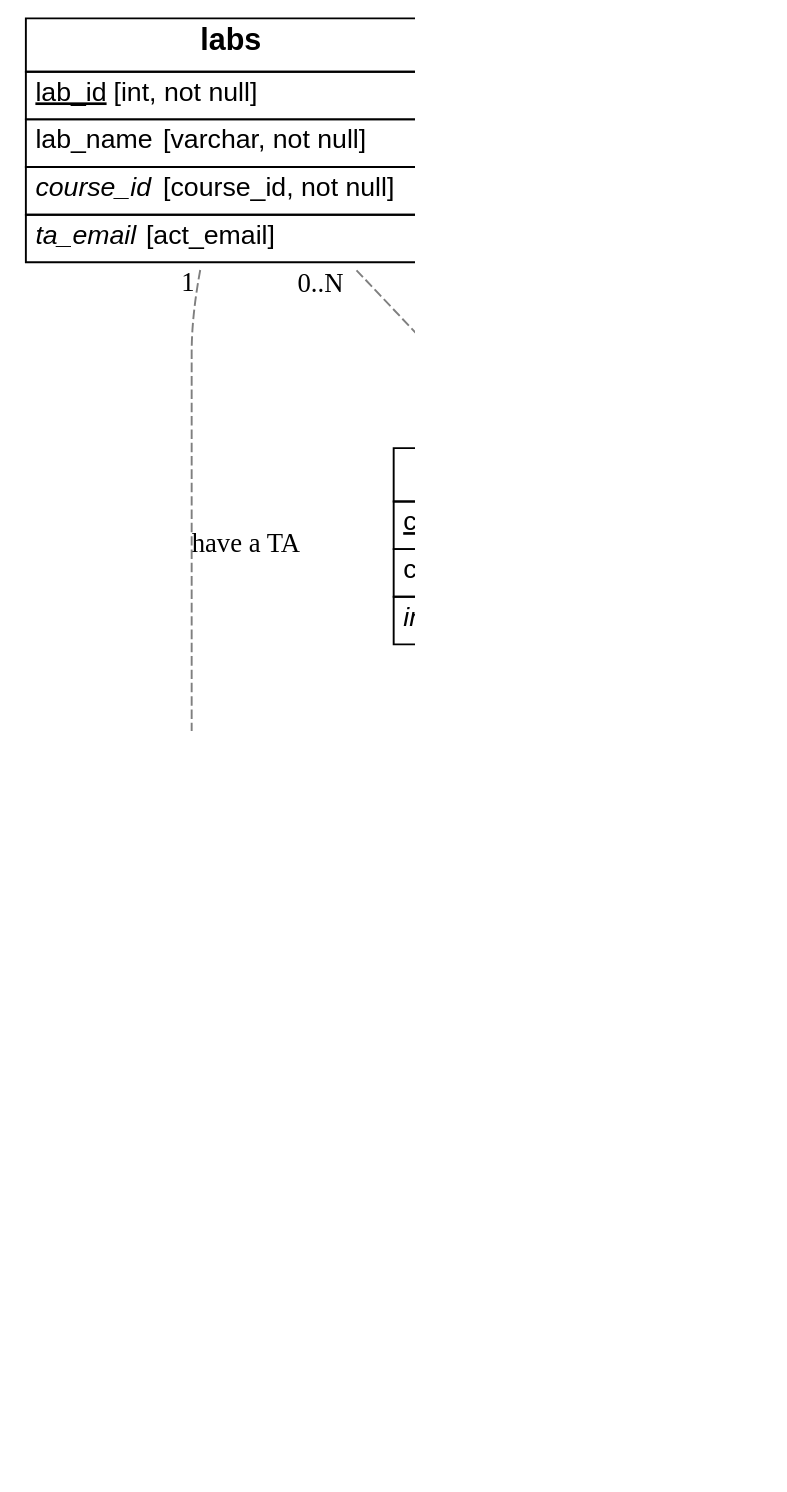
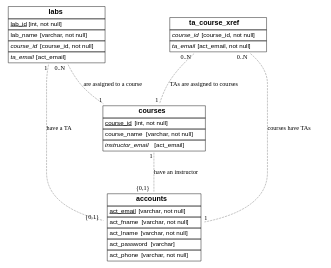
The diagram in database/erd.dot (dakotamaker/TA-scheduler), drawn with Graphviz before and after one commit. The commit also changed 11 other files, not shown here.

```diff
--- a/database/erd.dot
+++ b/database/erd.dot
@@ -1,26 +1,28 @@
 graph {
-	graph [dpi=150];
 	node [label="\N",
 		shape=plaintext
 	];
 	edge [color=gray50,
 		minlen=2,
 		style=dashed
 	];
-	accounts	 [label=<<FONT FACE="Helvetica"><TABLE BORDER="0" CELLBORDER="1" CELLPADDING="4" CELLSPACING="0"><TR><TD><B><FONT POINT-SIZE="16">accounts</FONT></B></TD></TR><TR><TD ALIGN="LEFT"><U><FONT>act_email</FONT></U><FONT> [varchar, not null]</FONT></TD></TR><TR><TD ALIGN="LEFT"><FONT>act_fname</FONT><FONT> [varchar, not null]</FONT></TD></TR><TR><TD ALIGN="LEFT"><FONT>act_lname</FONT><FONT> [varchar, not null]</FONT></TD></TR><TR><TD ALIGN="LEFT"><FONT>act_password</FONT><FONT> [varchar]</FONT></TD></TR><TR><TD ALIGN="LEFT"><FONT>act_phone</FONT><FONT> [varchar, not null]</FONT></TD></TR><TR><TD ALIGN="LEFT"><I><FONT>role_id</FONT></I><FONT> [role_id, not null]</FONT></TD></TR></TABLE></FONT>>];
-	roles	 [label=<<FONT FACE="Helvetica"><TABLE BORDER="0" CELLBORDER="1" CELLPADDING="4" CELLSPACING="0"><TR><TD><B><FONT POINT-SIZE="16">roles</FONT></B></TD></TR><TR><TD ALIGN="LEFT"><U><FONT>role_id</FONT></U><FONT> [int, not null]</FONT></TD></TR><TR><TD ALIGN="LEFT"><FONT>role_name</FONT><FONT> [varchar, not null]</FONT></TD></TR></TABLE></FONT>>];
-	accounts -- roles	 [headlabel=<<FONT>1</FONT>>,
-		label=<<FONT> are assigned a role </FONT>>,
-		taillabel=<<FONT>0..N</FONT>>];
+	accounts	 [label=<<FONT FACE="Helvetica"><TABLE BORDER="0" CELLBORDER="1" CELLPADDING="4" CELLSPACING="0"><TR><TD><B><FONT POINT-SIZE="16">accounts</FONT></B></TD></TR><TR><TD ALIGN="LEFT"><U><FONT>act_email</FONT></U><FONT> [varchar, not null]</FONT></TD></TR><TR><TD ALIGN="LEFT"><FONT>act_fname</FONT><FONT> [varchar, not null]</FONT></TD></TR><TR><TD ALIGN="LEFT"><FONT>act_lname</FONT><FONT> [varchar, not null]</FONT></TD></TR><TR><TD ALIGN="LEFT"><FONT>act_password</FONT><FONT> [varchar]</FONT></TD></TR><TR><TD ALIGN="LEFT"><FONT>act_phone</FONT><FONT> [varchar, not null]</FONT></TD></TR></TABLE></FONT>>];
 	courses	 [label=<<FONT FACE="Helvetica"><TABLE BORDER="0" CELLBORDER="1" CELLPADDING="4" CELLSPACING="0"><TR><TD><B><FONT POINT-SIZE="16">courses</FONT></B></TD></TR><TR><TD ALIGN="LEFT"><U><FONT>course_id</FONT></U><FONT> [int, not null]</FONT></TD></TR><TR><TD ALIGN="LEFT"><FONT>course_name</FONT><FONT> [varchar, not null]</FONT></TD></TR><TR><TD ALIGN="LEFT"><I><FONT>instructor_email</FONT></I><FONT> [act_email]</FONT></TD></TR></TABLE></FONT>>];
 	courses -- accounts	 [headlabel=<<FONT>{0,1}</FONT>>,
 		label=<<FONT> have an instructor </FONT>>,
 		taillabel=<<FONT>1</FONT>>];
 	labs	 [label=<<FONT FACE="Helvetica"><TABLE BORDER="0" CELLBORDER="1" CELLPADDING="4" CELLSPACING="0"><TR><TD><B><FONT POINT-SIZE="16">labs</FONT></B></TD></TR><TR><TD ALIGN="LEFT"><U><FONT>lab_id</FONT></U><FONT> [int, not null]</FONT></TD></TR><TR><TD ALIGN="LEFT"><FONT>lab_name</FONT><FONT> [varchar, not null]</FONT></TD></TR><TR><TD ALIGN="LEFT"><I><FONT>course_id</FONT></I><FONT> [course_id, not null]</FONT></TD></TR><TR><TD ALIGN="LEFT"><I><FONT>ta_email</FONT></I><FONT> [act_email]</FONT></TD></TR></TABLE></FONT>>];
 	labs -- accounts	 [headlabel=<<FONT>{0,1}</FONT>>,
 		label=<<FONT> have a TA </FONT>>,
 		taillabel=<<FONT>1</FONT>>];
 	labs -- courses	 [headlabel=<<FONT>1</FONT>>,
 		label=<<FONT> are assigned to a course </FONT>>,
 		taillabel=<<FONT>0..N</FONT>>];
+	ta_course_xref	 [label=<<FONT FACE="Helvetica"><TABLE BORDER="0" CELLBORDER="1" CELLPADDING="4" CELLSPACING="0"><TR><TD><B><FONT POINT-SIZE="16">ta_course_xref</FONT></B></TD></TR><TR><TD ALIGN="LEFT"><I><FONT>course_id</FONT></I><FONT> [course_id, not null]</FONT></TD></TR><TR><TD ALIGN="LEFT"><I><FONT>ta_email</FONT></I><FONT> [act_email, not null]</FONT></TD></TR></TABLE></FONT>>];
+	ta_course_xref -- accounts	 [headlabel=<<FONT>1</FONT>>,
+		label=<<FONT> courses have TAs </FONT>>,
+		taillabel=<<FONT>0..N</FONT>>];
+	ta_course_xref -- courses	 [headlabel=<<FONT>1</FONT>>,
+		label=<<FONT> TAs are assigned to courses </FONT>>,
+		taillabel=<<FONT>0..N</FONT>>];
 }
```
